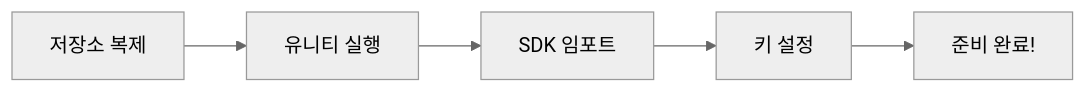
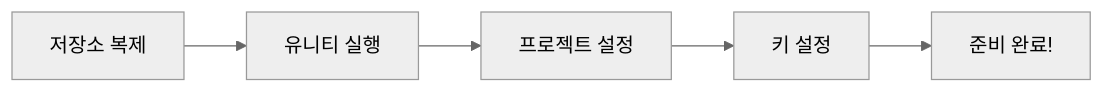
The sixth of 6 diagrams in README.md (Jeonhyeonmin/BlockFlow-Engine), drawn with Mermaid (neutral theme) before and after one commit.

````diff
--- a/README.md
+++ b/README.md
@@ -254,7 +254,7 @@
 ```mermaid
 graph LR
     A[저장소 복제] --> B[유니티 실행]
-    B --> C[SDK 임포트]
+    B --> C[프로젝트 설정]
     C --> D[키 설정]
     D --> E[준비 완료!]
 ```
````
